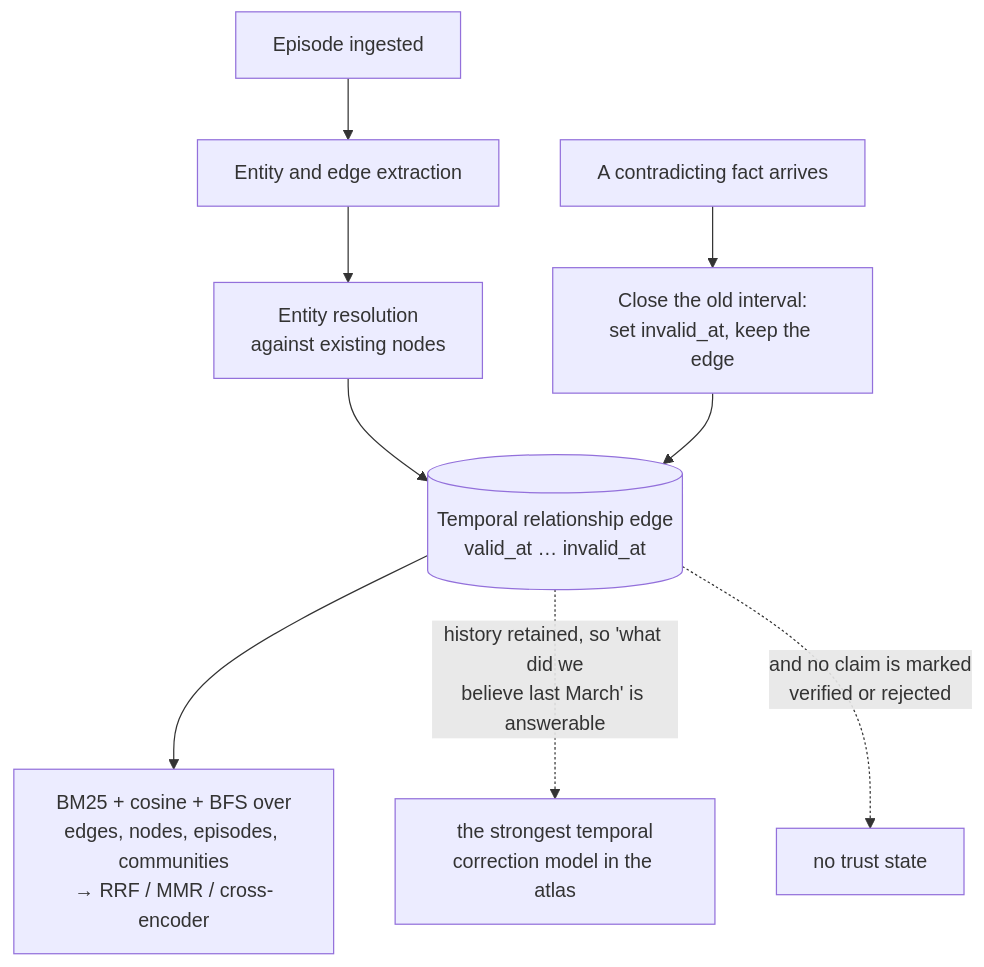
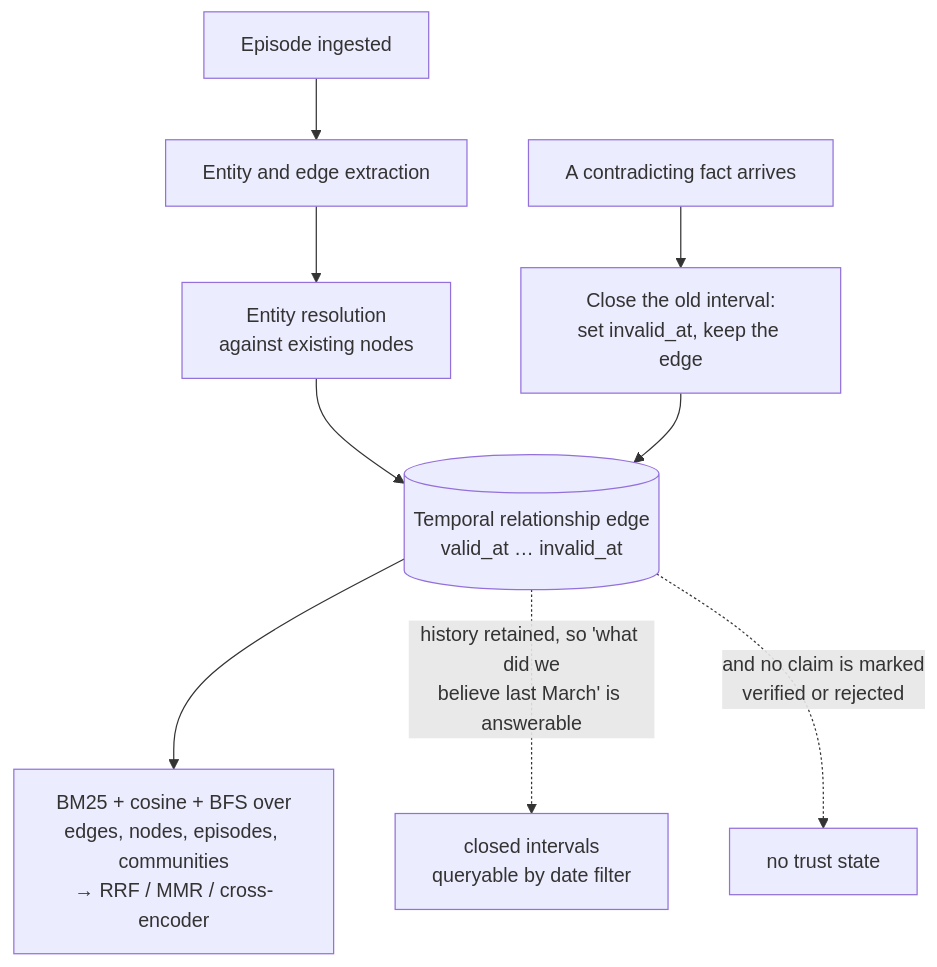
Before and after one commit to neoneye/agent-memory-atlas: the diagram in content/systems/graphiti.md, drawn with Mermaid. The commit also changed other lines of this file and 15 other files, not shown here.

Commit message:
Graphiti re-pinned at c035afb: concurrent group writes fixed; scope_enforced withdrawn because group_ids is optional on search; bitemporal with evidence

````diff
--- a/content/systems/graphiti.md
+++ b/content/systems/graphiti.md
@@ -60,12 +62,12 @@
 ```mermaid
 %% caption: a contradicting fact closes the previous edge's validity interval instead of erasing it, so what was believed last March stays answerable — and nothing marks any claim verified or rejected
 flowchart TB
     Ep["Episode ingested"] --> Ext["Entity and edge extraction"]
     Ext --> Res["Entity resolution<br/>against existing nodes"]
     Res --> Edge[("Temporal relationship edge<br/>valid_at … invalid_at")]
     New["A contradicting fact arrives"] --> Inv["Close the old interval:<br/>set invalid_at, keep the edge"]
     Inv --> Edge
     Edge --> Q["BM25 + cosine + BFS over<br/>edges, nodes, episodes, communities<br/>→ RRF / MMR / cross-encoder"]
-    Edge -.->|"history retained, so 'what did we<br/>believe last March' is answerable"| Hist["the strongest temporal<br/>correction model in the atlas"]
+    Edge -.->|"history retained, so 'what did we<br/>believe last March' is answerable"| Hist["closed intervals<br/>queryable by date filter"]
     Edge -.->|"and no claim is marked<br/>verified or rejected"| Gap["no trust state"]
 ```
````
